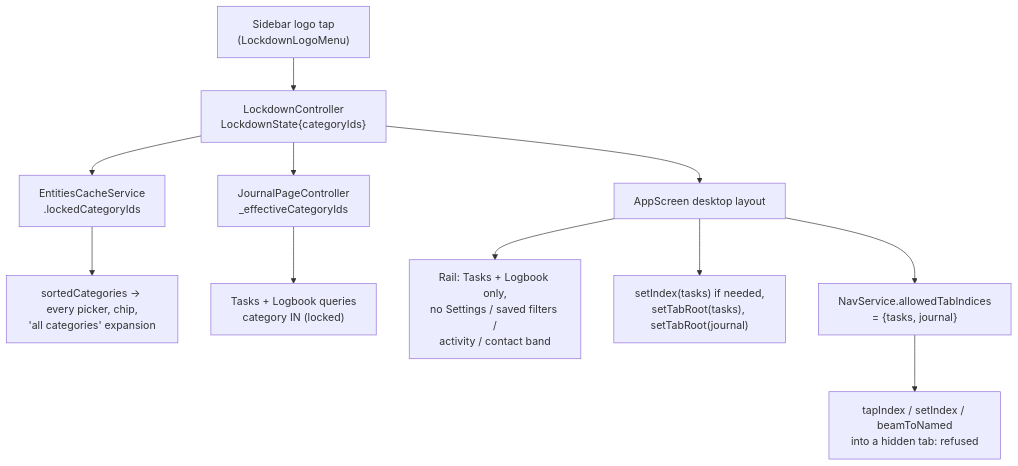
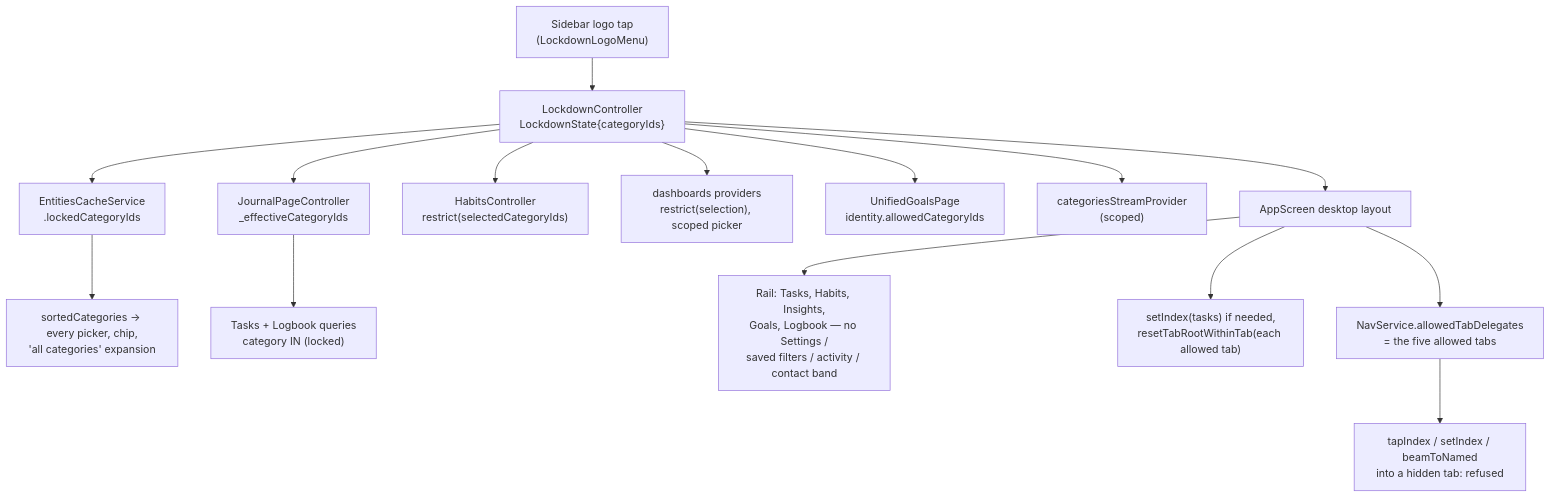
Before and after one commit to matthiasn/lotti: the diagram in knowledge/features/lockdown.md, drawn with Mermaid. The commit also changed other lines of this file and 23 other files, not shown here.

First line of the commit message:
feat(lockdown): keep Habits, Insights and Goals, scoped to the locked category

````diff
--- a/knowledge/features/lockdown.md
+++ b/knowledge/features/lockdown.md
@@ -33,13 +33,17 @@
 ```mermaid
 flowchart TD
   Logo["Sidebar logo tap<br/>(LockdownLogoMenu)"] --> Ctrl["LockdownController<br/>LockdownState{categoryIds}"]
   Ctrl --> Cache["EntitiesCacheService<br/>.lockedCategoryIds"]
   Ctrl --> JPC["JournalPageController<br/>_effectiveCategoryIds"]
+  Ctrl --> Habits["HabitsController<br/>restrict(selectedCategoryIds)"]
+  Ctrl --> Dash["dashboards providers<br/>restrict(selection), scoped picker"]
+  Ctrl --> Goals["UnifiedGoalsPage<br/>identity.allowedCategoryIds"]
+  Ctrl --> CatStream["categoriesStreamProvider<br/>(scoped)"]
   Ctrl --> Shell["AppScreen desktop layout"]
   Cache --> Pickers["sortedCategories → every picker, chip,<br/>'all categories' expansion"]
   JPC --> Query["Tasks + Logbook queries<br/>category IN (locked)"]
-  Shell --> Rail["Rail: Tasks + Logbook only,<br/>no Settings / saved filters /<br/>activity / contact band"]
-  Shell --> Reset["setIndex(tasks) if needed,<br/>setTabRoot(tasks), setTabRoot(journal)"]
-  Shell --> Guard["NavService.allowedTabIndices<br/>= {tasks, journal}"]
+  Shell --> Rail["Rail: Tasks, Habits, Insights,<br/>Goals, Logbook — no Settings /<br/>saved filters / activity / contact band"]
+  Shell --> Reset["setIndex(tasks) if needed,<br/>resetTabRootWithinTab(each allowed tab)"]
+  Shell --> Guard["NavService.allowedTabDelegates<br/>= the five allowed tabs"]
   Guard --> Refused["tapIndex / setIndex / beamToNamed<br/>into a hidden tab: refused"]
 ```
````
